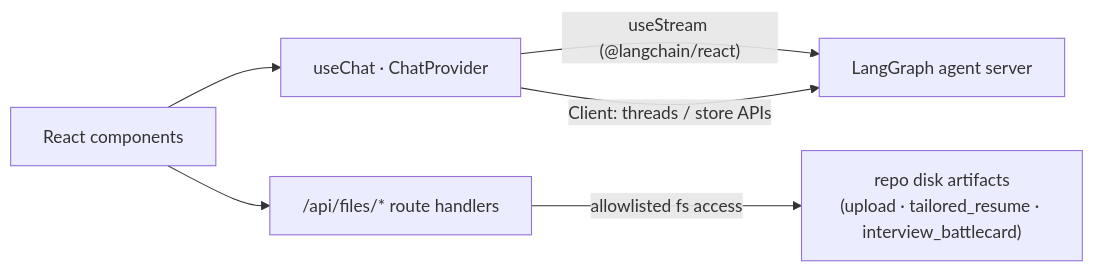
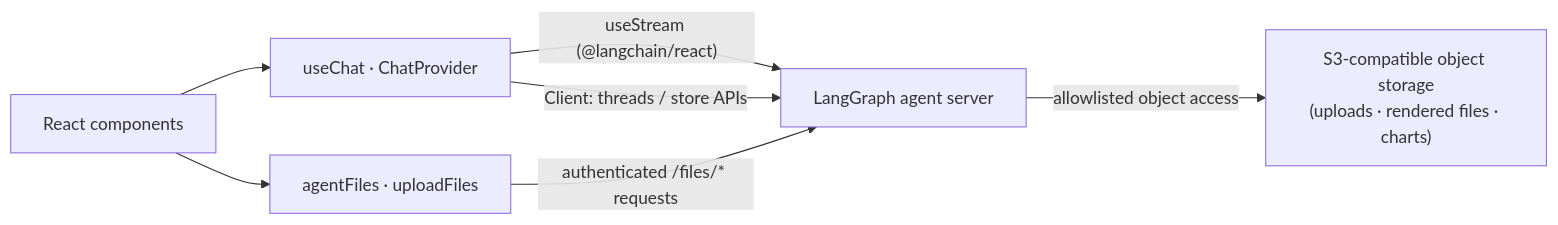
The diagram in frontend/README.md (tam159/next-role), drawn with Mermaid before and after one commit. The commit also changed other lines of this file and 6 other files, not shown here.

Commit message:
docs: refresh README architecture and layouts (#85)

````diff
--- a/frontend/README.md
+++ b/frontend/README.md
@@ -20,8 +20,9 @@
 ```mermaid
 flowchart LR
     UI["React components"] --> Chat["useChat · ChatProvider"]
     Chat -->|"useStream (@langchain/react)"| LG["LangGraph agent server"]
     Chat -->|"Client: threads / store APIs"| LG
-    UI --> Files["/api/files/* route handlers"]
-    Files -->|"allowlisted fs access"| Disk["repo disk artifacts<br/>(upload · tailored_resume · interview_battlecard)"]
+    UI --> Files["agentFiles · uploadFiles"]
+    Files -->|"authenticated /files/* requests"| LG
+    LG -->|"allowlisted object access"| Obj["S3-compatible object storage<br/>(uploads · rendered files · charts)"]
 ```
````
